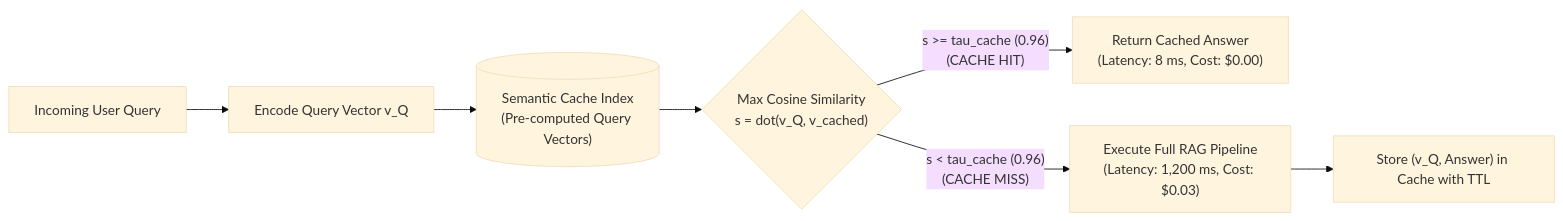
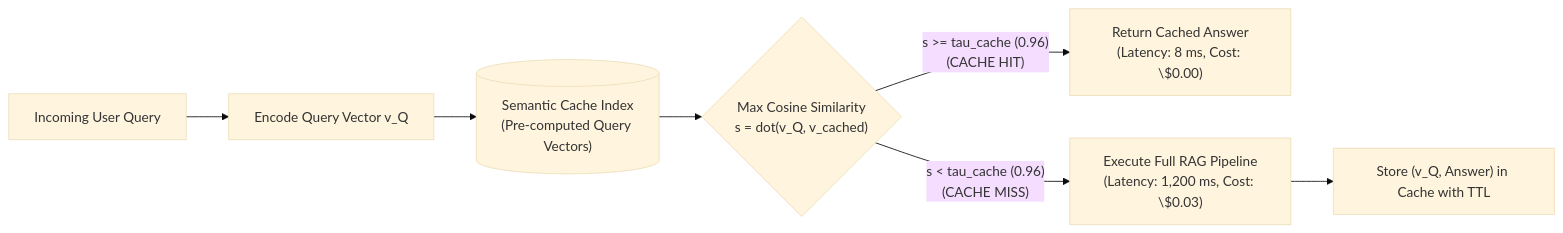
One commit to divyansh070/ml_notes changed the fourth of 5 diagrams in rag-guide/07-evaluation-production.md. Above: the diagram before and after it, drawn with Mermaid (base theme). The commit also changed 4 other files, not shown here.

Commit message:
fix(rag-guide): create _facts.md, update 01/02/appendix, fix LaTeX rendering and Mermaid figures for GitHub

````diff
--- a/rag-guide/07-evaluation-production.md
+++ b/rag-guide/07-evaluation-production.md
@@ -312,11 +312,11 @@
 ```mermaid
 flowchart LR
     Q["Incoming User Query"] --> EMBED["Encode Query Vector v_Q"]
     EMBED --> CACHE[("Semantic Cache Index<br>(Pre-computed Query Vectors)")]
     
     CACHE --> SIM{"Max Cosine Similarity<br>s = dot(v_Q, v_cached)"}
     
-    SIM -->|"s >= tau_cache (0.96)<br>(CACHE HIT)"| RET_CACHE["Return Cached Answer<br>(Latency: 8 ms, Cost: $0.00)"]
-    SIM -->|"s < tau_cache (0.96)<br>(CACHE MISS)"| FULL_RAG["Execute Full RAG Pipeline<br>(Latency: 1,200 ms, Cost: $0.03)"]
+    SIM -->|"s >= tau_cache (0.96)<br>(CACHE HIT)"| RET_CACHE["Return Cached Answer<br>(Latency: 8 ms, Cost: \$0.00)"]
+    SIM -->|"s < tau_cache (0.96)<br>(CACHE MISS)"| FULL_RAG["Execute Full RAG Pipeline<br>(Latency: 1,200 ms, Cost: \$0.03)"]
     FULL_RAG --> STORE["Store (v_Q, Answer) in Cache with TTL"]
 ```
````
